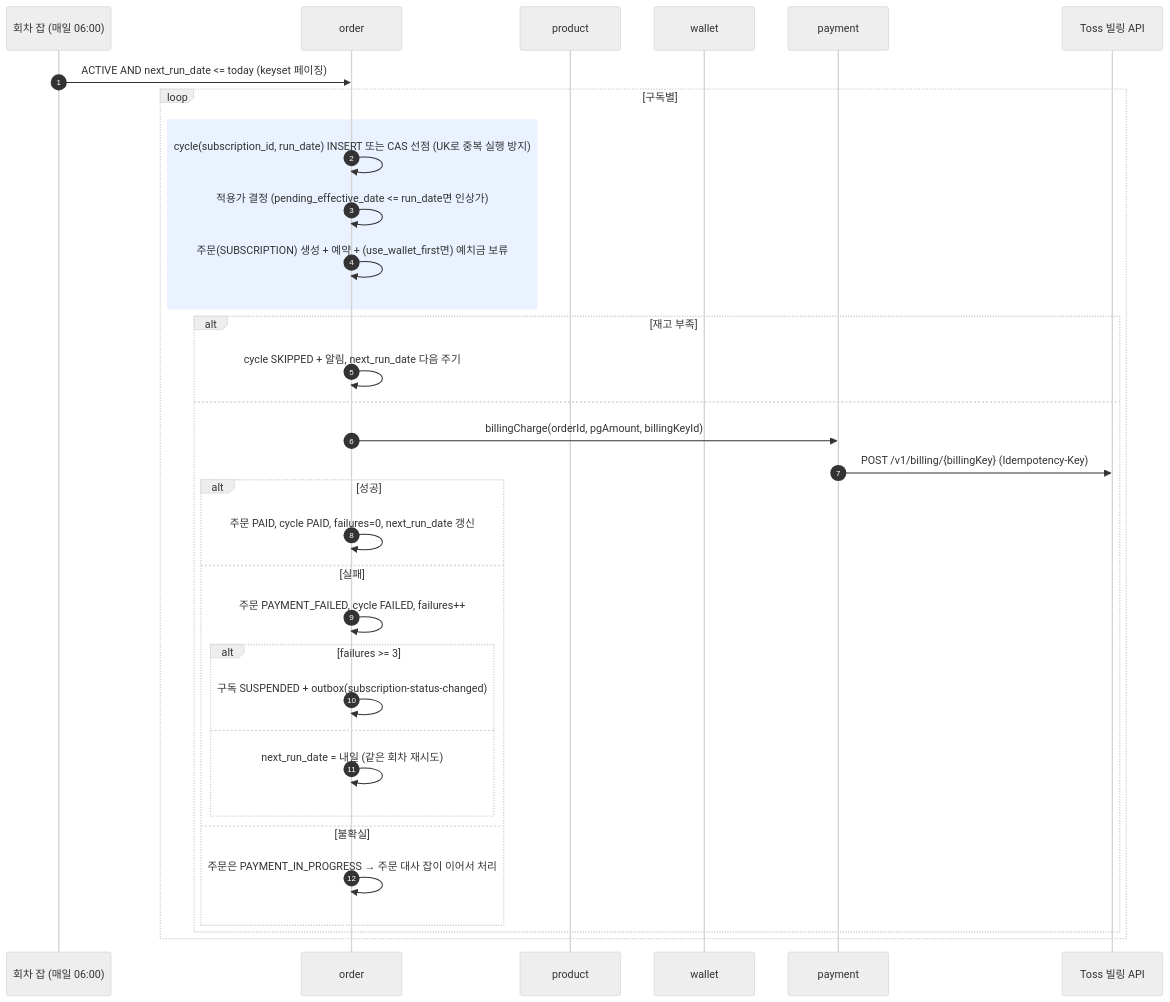
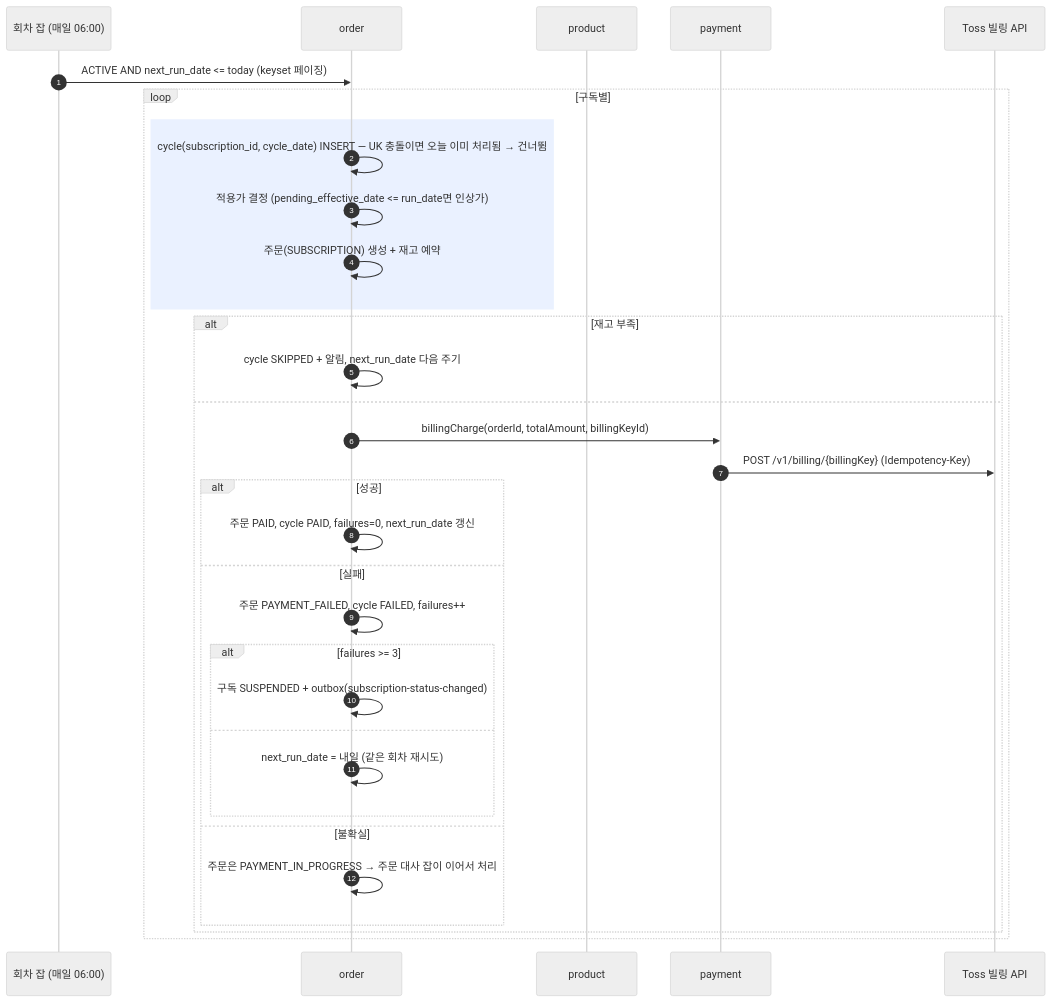
The sixth of 10 diagrams in docs/02-design/06-sequences.md (95twan/myroutine-v2), drawn with Mermaid (neutral theme) before and after one commit. The commit also changed other lines of this file and 27 other files, not shown here.

````diff
--- a/docs/02-design/06-sequences.md
+++ b/docs/02-design/06-sequences.md
@@ -165,36 +155,35 @@
 ```mermaid
 sequenceDiagram
   autonumber
   participant J as 회차 잡 (매일 06:00)
   participant O as order
   participant PR as product
-  participant W as wallet
   participant P as payment
   participant PG as Toss 빌링 API
   J->>O: ACTIVE AND next_run_date <= today (keyset 페이징)
   loop 구독별
     rect rgba(80,140,255,0.12)
-      O->>O: cycle(subscription_id, run_date) INSERT 또는 CAS 선점 (UK로 중복 실행 방지)
+      O->>O: cycle(subscription_id, cycle_date) INSERT — UK 충돌이면 오늘 이미 처리됨 → 건너뜀
       O->>O: 적용가 결정 (pending_effective_date <= run_date면 인상가)
-      O->>O: 주문(SUBSCRIPTION) 생성 + 예약 + (use_wallet_first면) 예치금 보류
+      O->>O: 주문(SUBSCRIPTION) 생성 + 재고 예약
     end
     alt 재고 부족
       O->>O: cycle SKIPPED + 알림, next_run_date 다음 주기
     else
-      O->>P: billingCharge(orderId, pgAmount, billingKeyId)
+      O->>P: billingCharge(orderId, totalAmount, billingKeyId)
       P->>PG: POST /v1/billing/{billingKey} (Idempotency-Key)
       alt 성공
         O->>O: 주문 PAID, cycle PAID, failures=0, next_run_date 갱신
       else 실패
         O->>O: 주문 PAYMENT_FAILED, cycle FAILED, failures++
         alt failures >= 3
           O->>O: 구독 SUSPENDED + outbox(subscription-status-changed)
         else
           O->>O: next_run_date = 내일 (같은 회차 재시도)
         end
       else 불확실
         O->>O: 주문은 PAYMENT_IN_PROGRESS → 주문 대사 잡이 이어서 처리
       end
     end
   end
 ```
````
